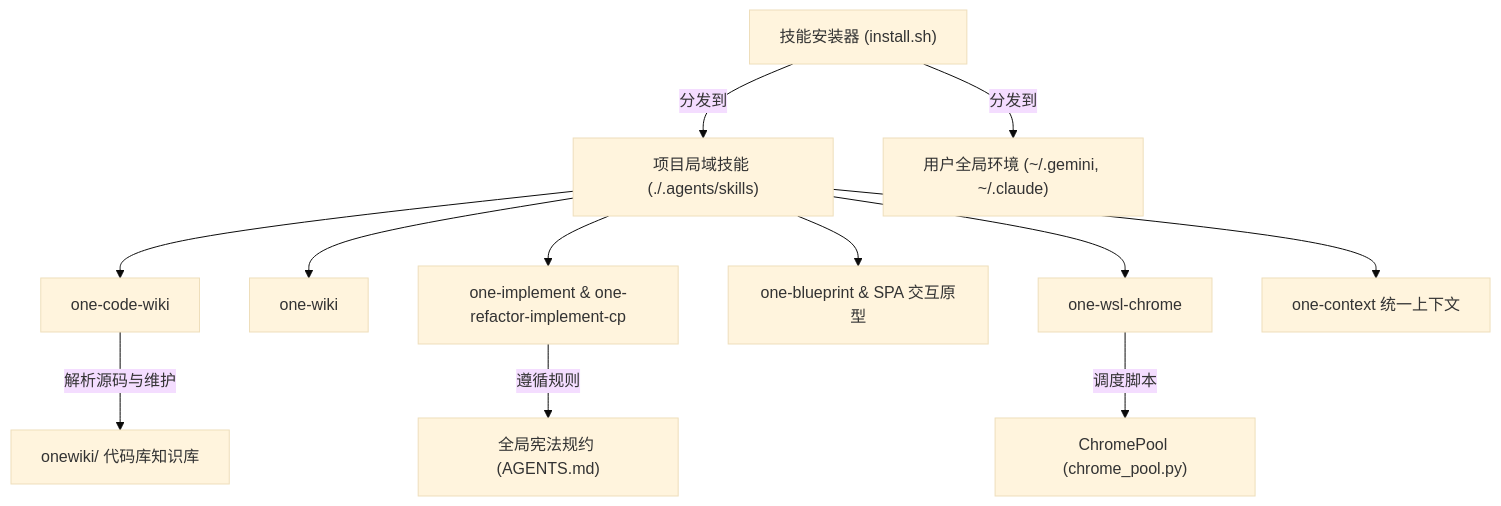
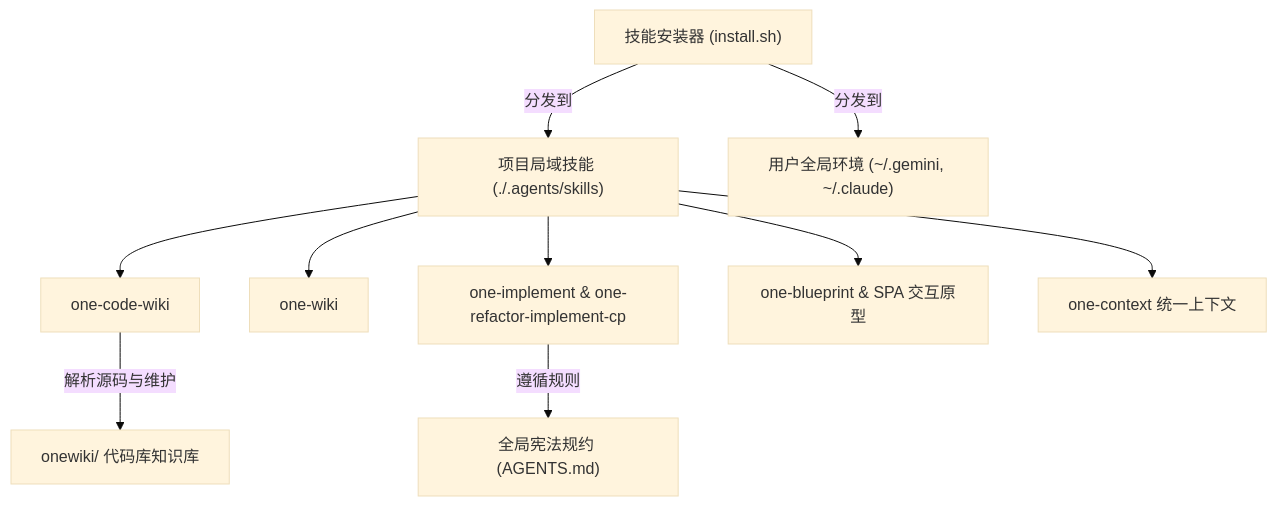
One commit to wupengbo125/one-skills changed the diagram in onewiki/index.md. Above: the diagram before and after it, drawn with Mermaid (base theme). The commit also changed other lines of this file and 5 other files, not shown here.

Commit message:
refactor: 彻底删除用不到的 one-wsl-chrome 与用户已手动删除的 one-git-commit

````diff
--- a/onewiki/index.md
+++ b/onewiki/index.md
@@ -32,15 +30,13 @@
 ```mermaid
 flowchart TD
     Installer["技能安装器 (install.sh)"] -->|分发到| AgentsDir["项目局域技能 (./.agents/skills)"]
     Installer -->|分发到| UserGlobal["用户全局环境 (~/.gemini, ~/.claude)"]
     
     AgentsDir --> CodeWiki["one-code-wiki"]
     AgentsDir --> LLMWiki["one-wiki"]
     AgentsDir --> Impl["one-implement & one-refactor-implement-cp"]
     AgentsDir --> Blueprint["one-blueprint & SPA 交互原型"]
-    AgentsDir --> Chrome["one-wsl-chrome"]
     AgentsDir --> Context["one-context 统一上下文"]
     CodeWiki -->|解析源码与维护| OneWikiDir["onewiki/ 代码库知识库"]
     Impl -->|遵循规则| Rules["全局宪法规约 (AGENTS.md)"]
-    Chrome -->|调度脚本| ChromePool["ChromePool (chrome_pool.py)"]
 ```
````
